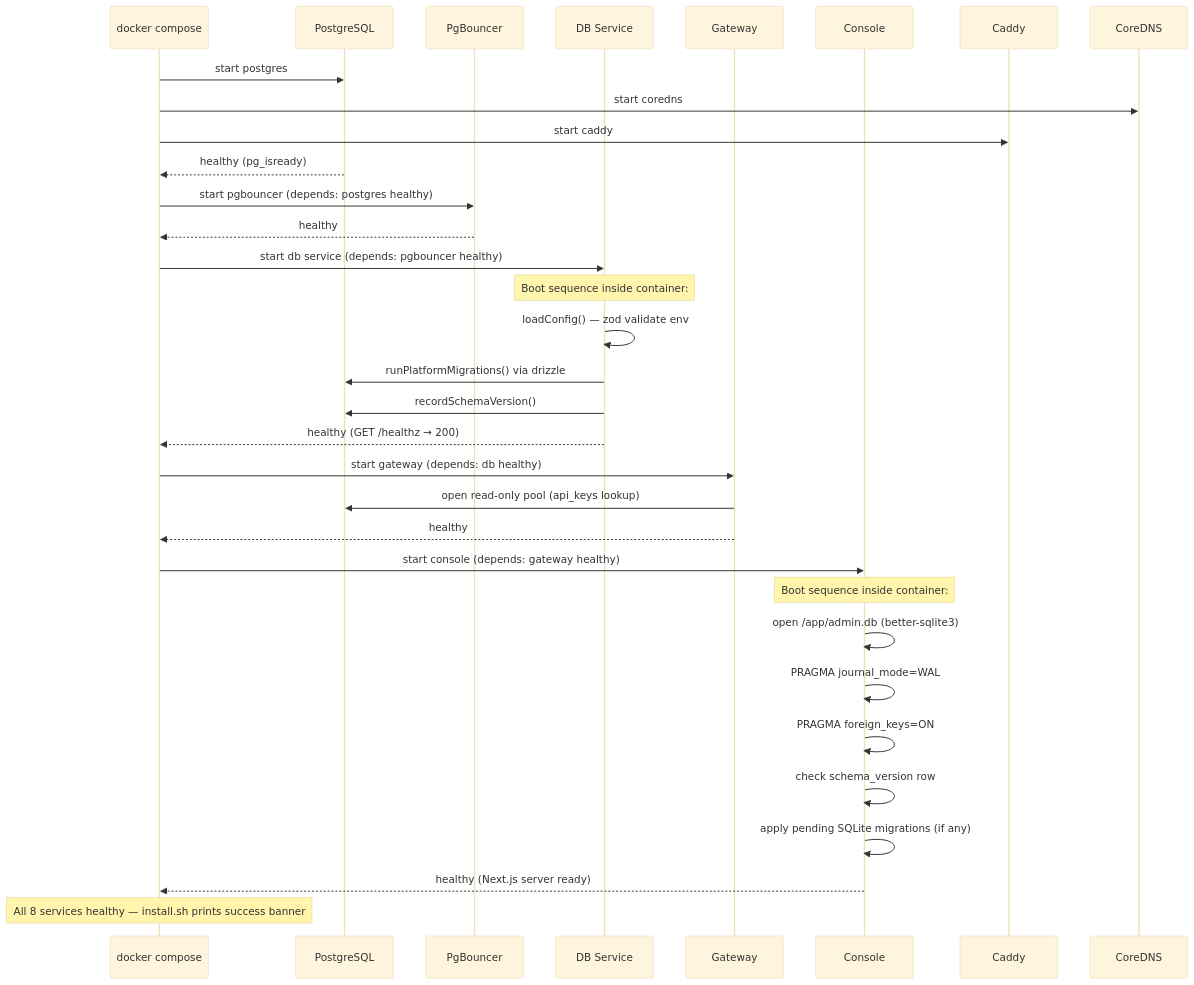
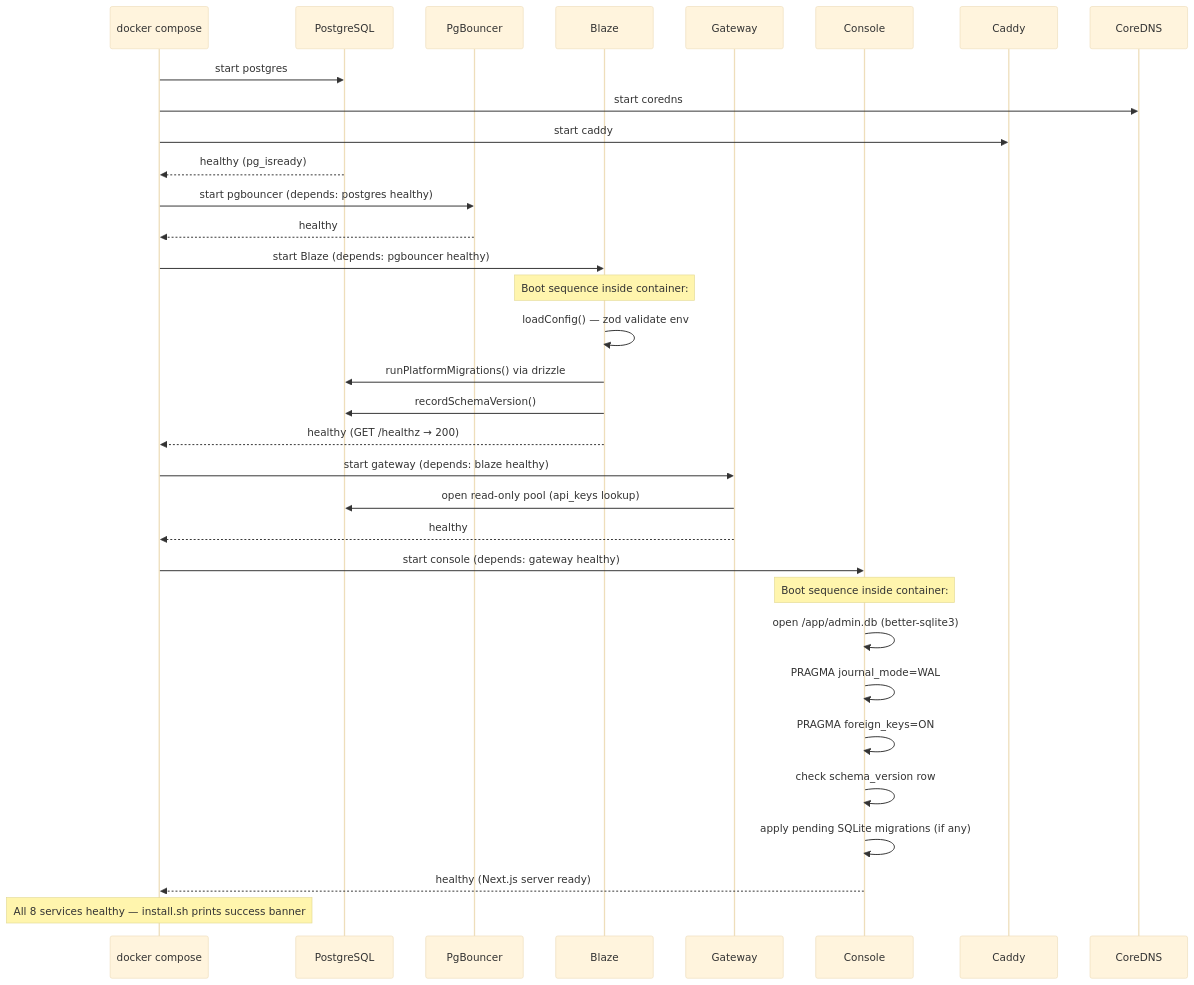
Before and after one commit to NabilMouzouna/NubleStation: the fourth of 11 diagrams in docs/documentation/install-to-console-flow.md, drawn with Mermaid (base theme). The commit also changed other lines of this file and 10 other files, not shown here.

````diff
--- a/docs/documentation/install-to-console-flow.md
+++ b/docs/documentation/install-to-console-flow.md
@@ -153,42 +153,42 @@
 ```mermaid
 sequenceDiagram
     participant C as docker compose
     participant PG as PostgreSQL
     participant PB as PgBouncer
-    participant DB as DB Service
+    participant Blaze as Blaze
     participant GW as Gateway
     participant Con as Console
     participant Cad as Caddy
     participant DNS as CoreDNS
 
     C->>PG: start postgres
     C->>DNS: start coredns
     C->>Cad: start caddy
 
     PG-->>C: healthy (pg_isready)
 
     C->>PB: start pgbouncer (depends: postgres healthy)
     PB-->>C: healthy
 
-    C->>DB: start db service (depends: pgbouncer healthy)
-    Note over DB: Boot sequence inside container:
-    DB->>DB: loadConfig() — zod validate env
-    DB->>PG: runPlatformMigrations() via drizzle
-    DB->>PG: recordSchemaVersion()
-    DB-->>C: healthy (GET /healthz → 200)
+    C->>Blaze: start Blaze (depends: pgbouncer healthy)
+    Note over Blaze: Boot sequence inside container:
+    Blaze->>Blaze: loadConfig() — zod validate env
+    Blaze->>PG: runPlatformMigrations() via drizzle
+    Blaze->>PG: recordSchemaVersion()
+    Blaze-->>C: healthy (GET /healthz → 200)
 
-    C->>GW: start gateway (depends: db healthy)
+    C->>GW: start gateway (depends: blaze healthy)
     GW->>PG: open read-only pool (api_keys lookup)
     GW-->>C: healthy
 
     C->>Con: start console (depends: gateway healthy)
     Note over Con: Boot sequence inside container:
     Con->>Con: open /app/admin.db (better-sqlite3)
     Con->>Con: PRAGMA journal_mode=WAL
     Con->>Con: PRAGMA foreign_keys=ON
     Con->>Con: check schema_version row
     Con->>Con: apply pending SQLite migrations (if any)
     Con-->>C: healthy (Next.js server ready)
 
     Note over C: All 8 services healthy — install.sh prints success banner
 ```
````
